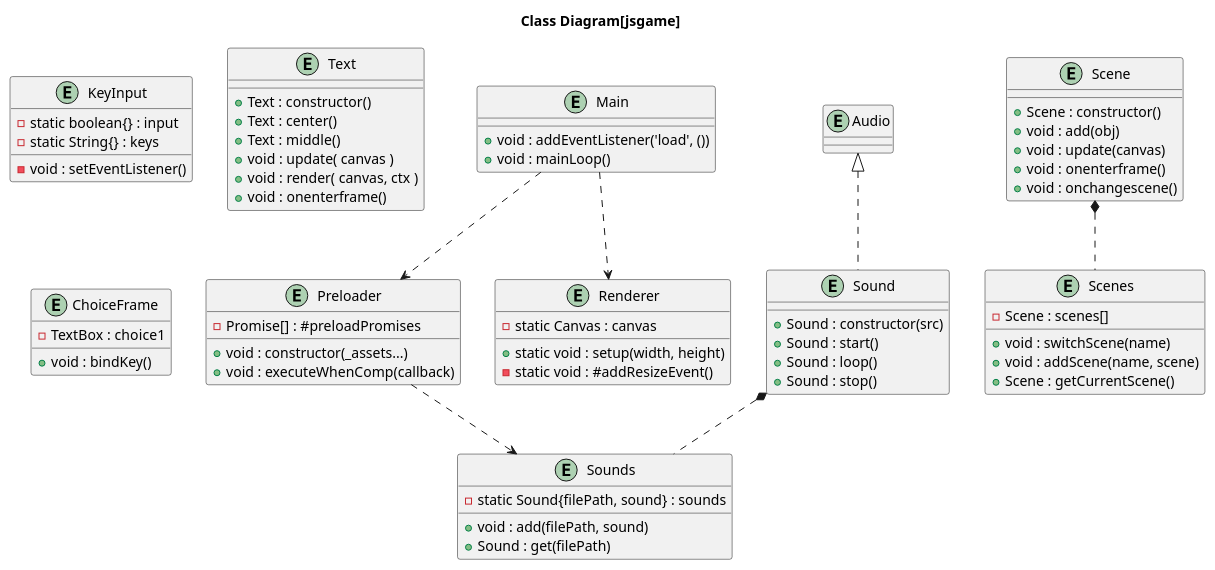
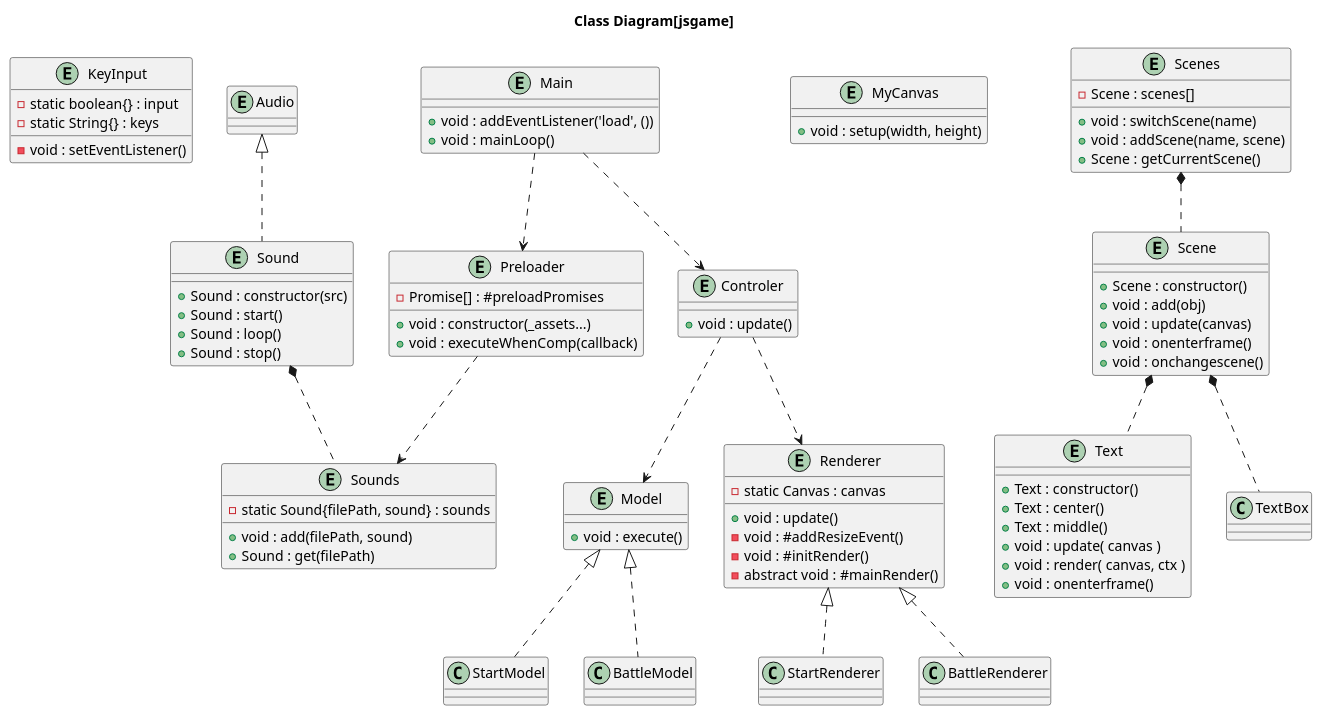
Before and after one commit to k-daich/jsgame: the diagram in choque/classDiagram.pu, drawn with PlantUML. The commit also changed 26 other files, not shown here.

Commit message:
20211110 adding think text box

```diff
--- a/choque/classDiagram.pu
+++ b/choque/classDiagram.pu
@@ -1,69 +1,83 @@
 @startuml
 title Class Diagram[jsgame]
 
 entity "KeyInput" {
 	{field}  - static boolean{} : input
 	{field}  - static String{} : keys
 	{method} - void : setEventListener()
 }
 entity "Main" {
 	{method} + void : addEventListener('load', ())
 	{method} + void : mainLoop()
 }
 entity "Preloader" {
 	{field}  - Promise[] : #preloadPromises
 	{method} + void : constructor(_assets...)
 	{method} + void : executeWhenComp(callback)
 }
+entity "MyCanvas" {
+	{method} + void : setup(width, height)
+}
+entity "Controler" {
+	{method} + void : update()
+}
+entity "Model" {
+	{method} + void : execute()		
+}
 entity "Renderer" {
 	{field}  - static Canvas : canvas
-	{method} + static void : setup(width, height)
-	{method} - static void : #addResizeEvent()
+	{method} + void : update()
+	{method} - void : #addResizeEvent()
+	{method} - void : #initRender()
+	{method} - abstract void : #mainRender()
 }
 entity "Sounds" {
 	{field}  - static Sound{filePath, sound} : sounds
 	{method} + void : add(filePath, sound)
 	{method} + Sound : get(filePath)
 }
 entity "Sound" {
 	{method} + Sound : constructor(src)
 	{method} + Sound : start()
 	{method} + Sound : loop()
 	{method} + Sound : stop()
 }
 entity "Audio" {
 }
 entity "Scenes" {
 	{field}  - Scene : scenes[]
 	{method} + void : switchScene(name)
 	{method} + void : addScene(name, scene)
 	{method} + Scene : getCurrentScene()
 }
 entity "Scene" {
 	{method} + Scene : constructor()
 	{method} + void : add(obj)
 	{method} + void : update(canvas)
 	{method} + void : onenterframe()
 	{method} + void : onchangescene()
 }
 entity "Text" {
 	{method} + Text : constructor()
 	{method} + Text : center()
 	{method} + Text : middle()
 	{method} + void : update( canvas )
 	{method} + void : render( canvas, ctx )
 	{method} + void : onenterframe()
 }
-entity "ChoiceFrame" {
-	{field}  - TextBox : choice1
 
-	{method} + void : bindKey()
-}
-
-Main ..> Renderer
+Main ..> Controler
+Controler ..> Model
+Controler ..> Renderer
 Main ..> Preloader
 Preloader ..> Sounds
 Sound *.. Sounds
 Audio <|.. Sound
-Scene *.. Scenes
+Scenes *.. Scene 
+Scene *.. Text
+Scene *.. TextBox
+Model <|.. StartModel
+Model <|.. BattleModel
+Renderer <|.. StartRenderer
+Renderer <|.. BattleRenderer
 @enduml
```
